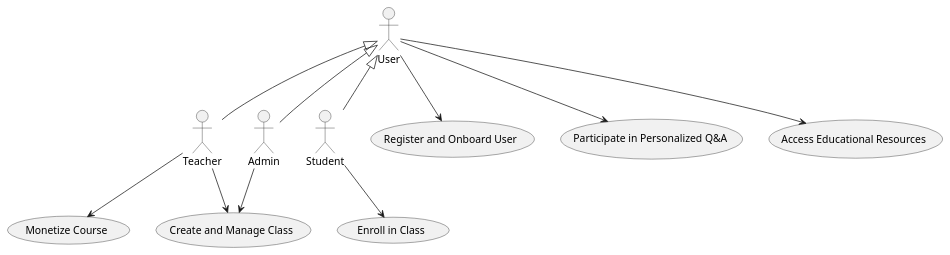
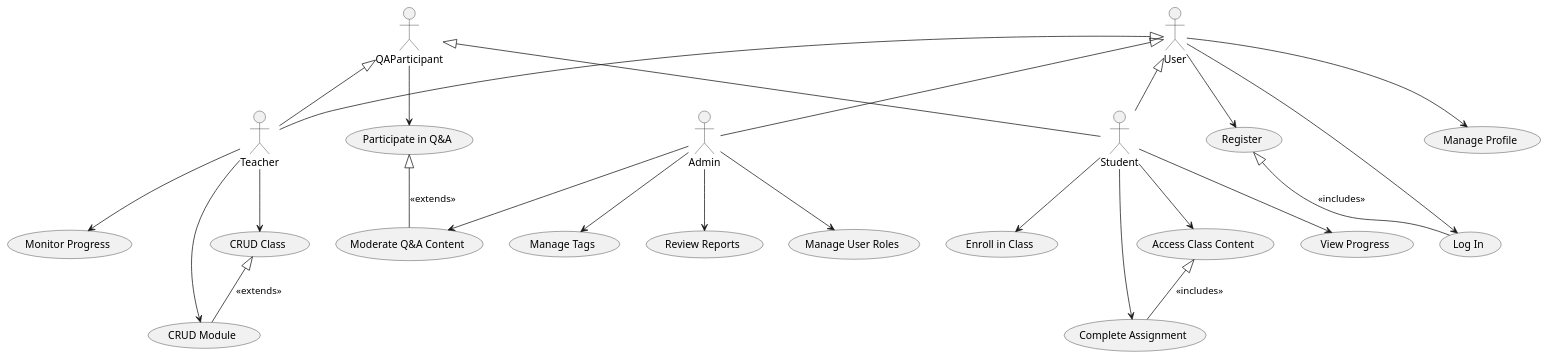
The diagram in docs/srs/diagrams/use-case-diagram.puml (giolynx104/jamc-docs), drawn with PlantUML before and after one commit. The commit also changed 3 other files, not shown here.

```diff
--- a/docs/srs/diagrams/use-case-diagram.puml
+++ b/docs/srs/diagrams/use-case-diagram.puml
@@ -1,29 +1,58 @@
 @startuml
 actor User
 actor Teacher
 actor Student
+actor QAParticipant
 actor Admin
 
 User <|-- Teacher
 User <|-- Student
 User <|-- Admin
 
-usecase "Register and Onboard User" as UC1
-usecase "Create and Manage Class" as UC2
-usecase "Enroll in Class" as UC3
-usecase "Participate in Personalized Q&A" as UC4
-usecase "Access Educational Resources" as UC5
-usecase "Monetize Course" as UC6
+QAParticipant <|-- Teacher
+QAParticipant <|-- Student
+
+usecase "Register" as UC1
+usecase "Log In" as UC2
+usecase "Manage Profile" as UC3
+
+usecase "CRUD Class" as UC4
+usecase "CRUD Module" as UC5
+usecase "Monitor Progress" as UC6
+
+usecase "Enroll in Class" as UC7
+usecase "Access Class Content" as UC8
+usecase "Complete Assignment" as UC9
+usecase "View Progress" as UC10
+
+usecase "Participate in Q&A" as UC11
+usecase "Moderate Q&A Content" as UC12
+usecase "Manage Tags" as UC13
+usecase "Review Reports" as UC14
+usecase "Manage User Roles" as UC15
 
 User --> UC1
-User --> UC4
-User --> UC5
+User --> UC2
+User --> UC3
 
-Teacher --> UC2
+Teacher --> UC4
+Teacher --> UC5
 Teacher --> UC6
 
-Student --> UC3
+Student --> UC7
+Student --> UC8
+Student --> UC9
+Student --> UC10
 
-Admin --> UC2
+QAParticipant --> UC11
+Admin --> UC12
+Admin --> UC13
+Admin --> UC14
+Admin --> UC15
+
+UC1 <|-- UC2 : <<includes>>
+UC8 <|-- UC9 : <<includes>>
+UC4 <|-- UC5 : <<extends>>
+UC11 <|-- UC12 : <<extends>>
 
 @enduml
```
